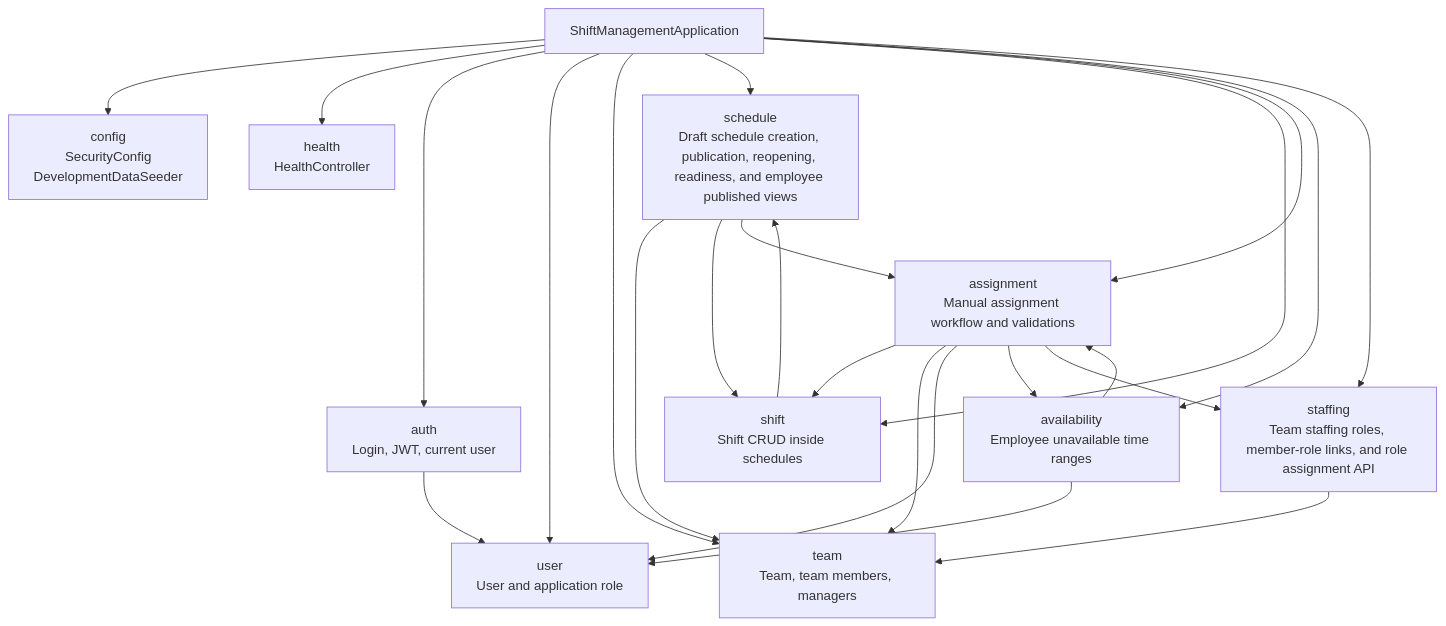
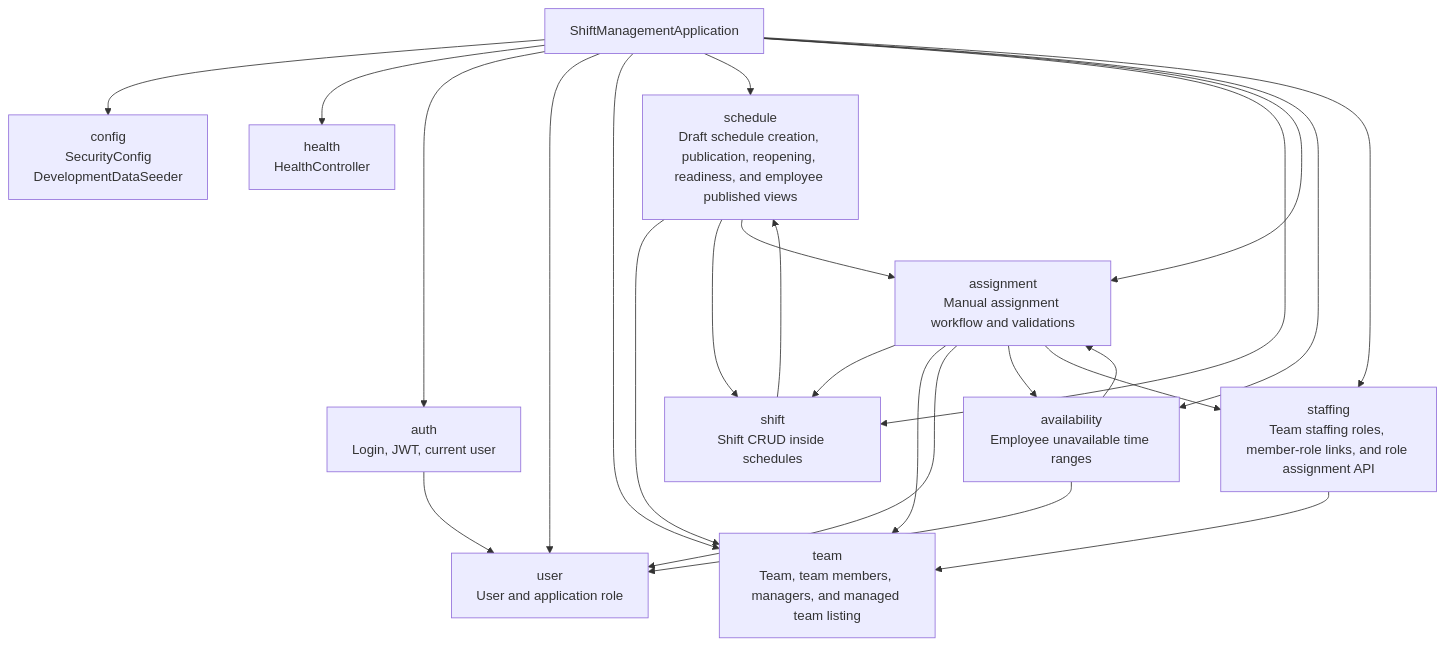
Before and after one commit to HiliMor/shift-management-system: the second of 14 diagrams in docs/current-backend-architecture.md, drawn with Mermaid. The commit also changed other lines of this file and 12 other files, not shown here.

````diff
--- a/docs/current-backend-architecture.md
+++ b/docs/current-backend-architecture.md
@@ -49,40 +51,40 @@
 ```mermaid
 flowchart TD
     app["ShiftManagementApplication"]
 
     config["config<br/>SecurityConfig<br/>DevelopmentDataSeeder"]
     health["health<br/>HealthController"]
     auth["auth<br/>Login, JWT, current user"]
     user["user<br/>User and application role"]
-    team["team<br/>Team, team members, managers"]
+    team["team<br/>Team, team members, managers, and managed team listing"]
     schedule["schedule<br/>Draft schedule creation, publication, reopening, readiness, and employee published views"]
     shift["shift<br/>Shift CRUD inside schedules"]
     assignment["assignment<br/>Manual assignment workflow and validations"]
     availability["availability<br/>Employee unavailable time ranges"]
     staffing["staffing<br/>Team staffing roles, member-role links, and role assignment API"]
 
     app --> config
     app --> health
     app --> auth
     app --> user
     app --> team
     app --> schedule
     app --> shift
     app --> assignment
     app --> availability
     app --> staffing
 
     auth --> user
     schedule --> team
     schedule --> shift
     schedule --> assignment
     shift --> schedule
     assignment --> shift
     assignment --> team
     assignment --> user
     assignment --> availability
     assignment --> staffing
     availability --> user
     availability --> assignment
     staffing --> team
 ```
````
